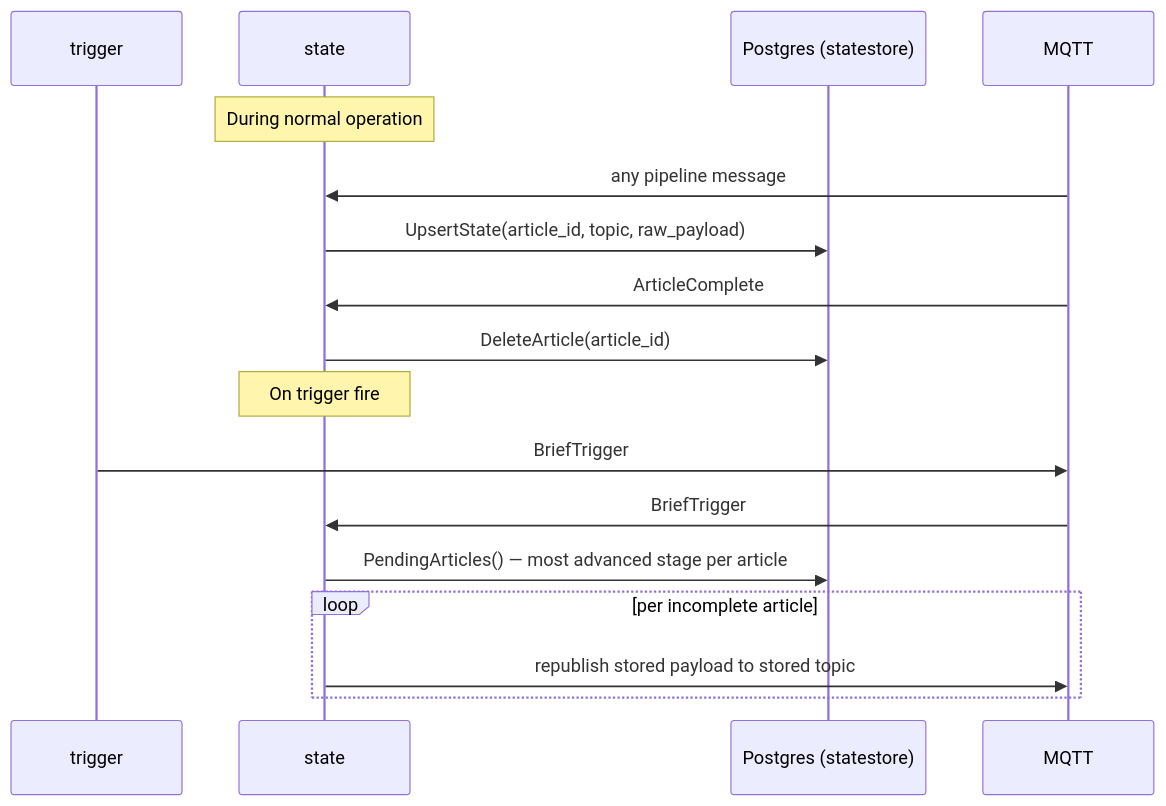
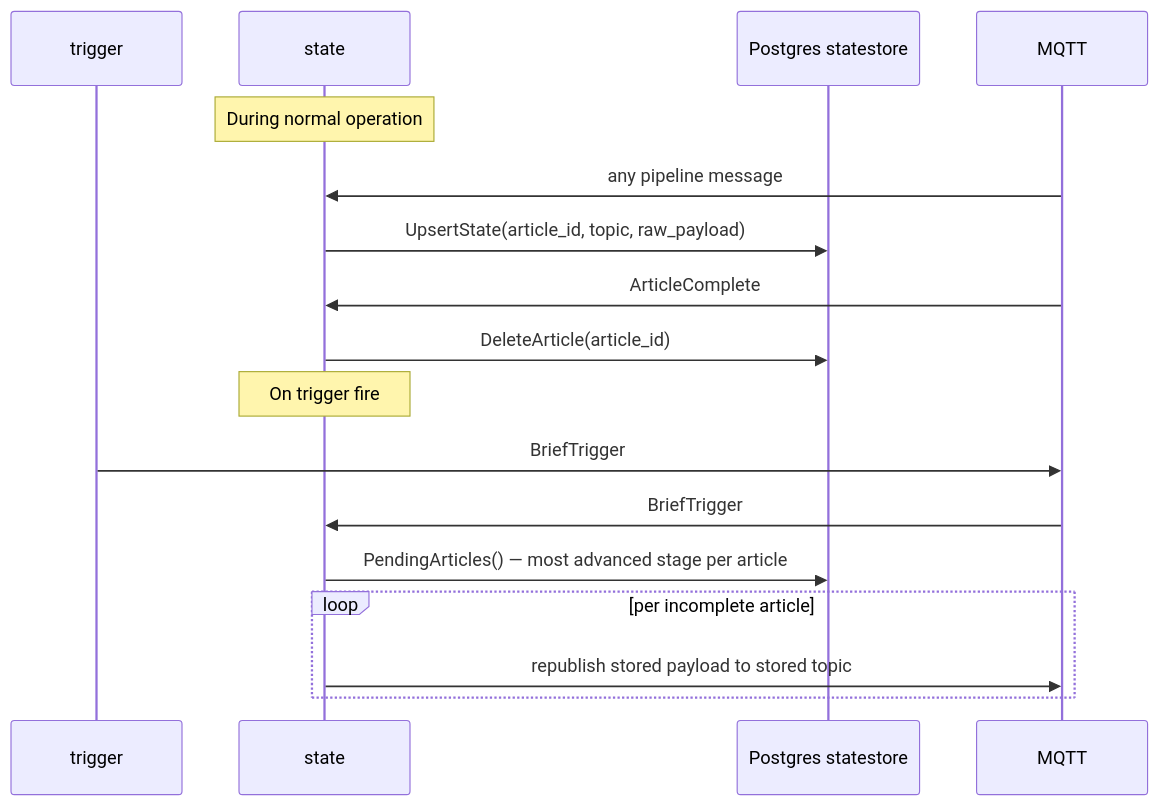
Before and after one commit to saaga0h/minerva: the third of 4 diagrams in ARCHITECTURE.md, drawn with Mermaid. The commit also changed other lines of this file, not shown here.

Commit message:
fix: update sequence diagram participant labels for clarity

````diff
--- a/ARCHITECTURE.md
+++ b/ARCHITECTURE.md
@@ -172,22 +172,22 @@
 ```mermaid
 sequenceDiagram
     participant TRIGGER as trigger
     participant STA as state
-    participant DB as Postgres (statestore)
+    participant DB as Postgres statestore
     participant MQTT
 
     note over STA: During normal operation
     MQTT->>STA: any pipeline message
     STA->>DB: UpsertState(article_id, topic, raw_payload)
 
     MQTT->>STA: ArticleComplete
     STA->>DB: DeleteArticle(article_id)
 
     note over STA: On trigger fire
     TRIGGER->>MQTT: BriefTrigger
     MQTT->>STA: BriefTrigger
     STA->>DB: PendingArticles() — most advanced stage per article
     loop per incomplete article
         STA->>MQTT: republish stored payload to stored topic
     end
 ```
````
